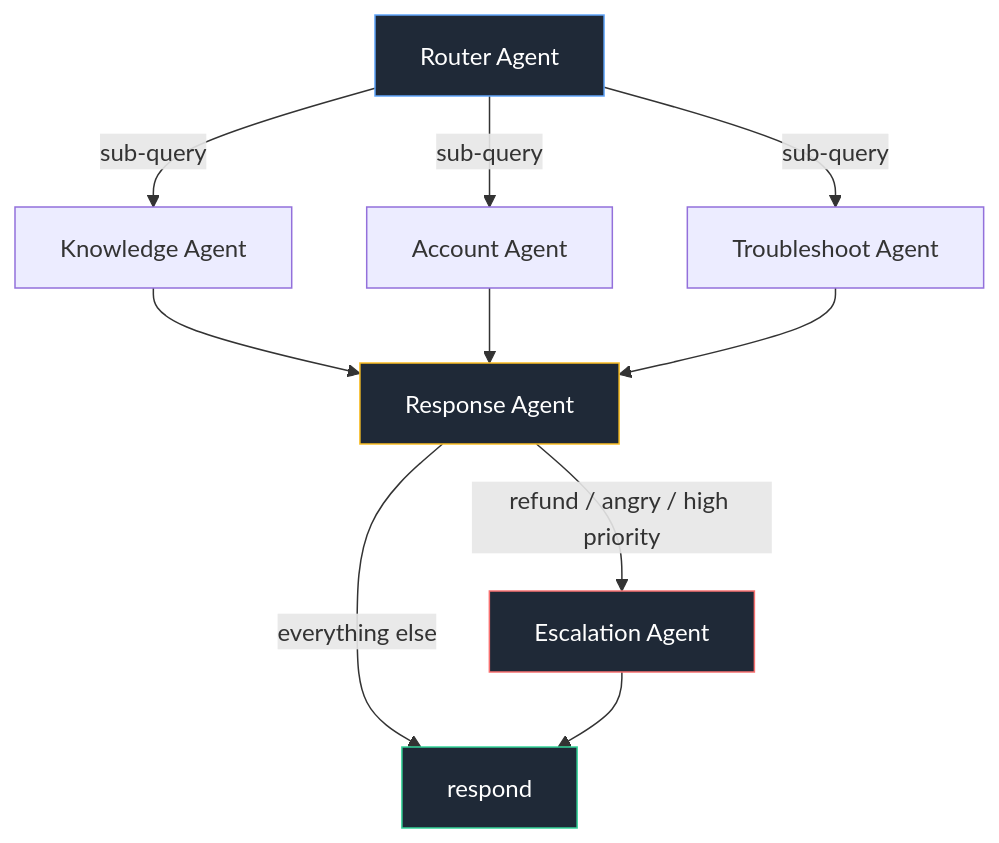
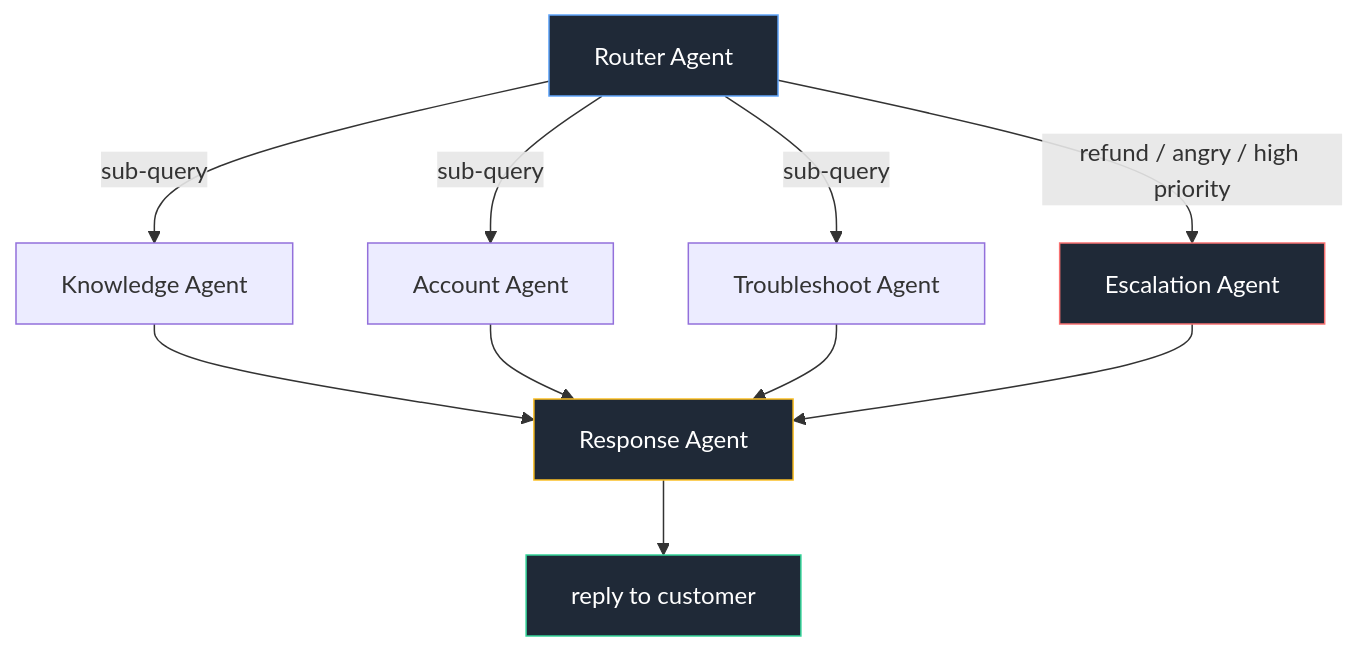
Before and after one commit to RajkumarDake/support-agents: the diagram in README.md, drawn with Mermaid. The commit also changed other lines of this file and 5 other files, not shown here.

Commit message:
escalation is a router dispatch, response merges it

````diff
--- a/README.md
+++ b/README.md
@@ -11,19 +11,19 @@
 ```mermaid
 flowchart TD
     A[Router Agent] -->|sub-query| B[Knowledge Agent]
     A -->|sub-query| C[Account Agent]
     A -->|sub-query| D[Troubleshoot Agent]
+    A -->|refund / angry / high priority| E[Escalation Agent]
 
-    B --> E[Response Agent]
-    C --> E
-    D --> E
+    B --> F[Response Agent]
+    C --> F
+    D --> F
+    E --> F
 
-    E -->|refund / angry / high priority| F[Escalation Agent]
-    E -->|everything else| G[respond]
-    F --> G
+    F --> G[reply to customer]
 
     style A fill:#1f2937,stroke:#60a5fa,color:#fff
-    style E fill:#1f2937,stroke:#fbbf24,color:#fff
-    style F fill:#1f2937,stroke:#f87171,color:#fff
+    style E fill:#1f2937,stroke:#f87171,color:#fff
+    style F fill:#1f2937,stroke:#fbbf24,color:#fff
     style G fill:#1f2937,stroke:#34d399,color:#fff
 ```
````
